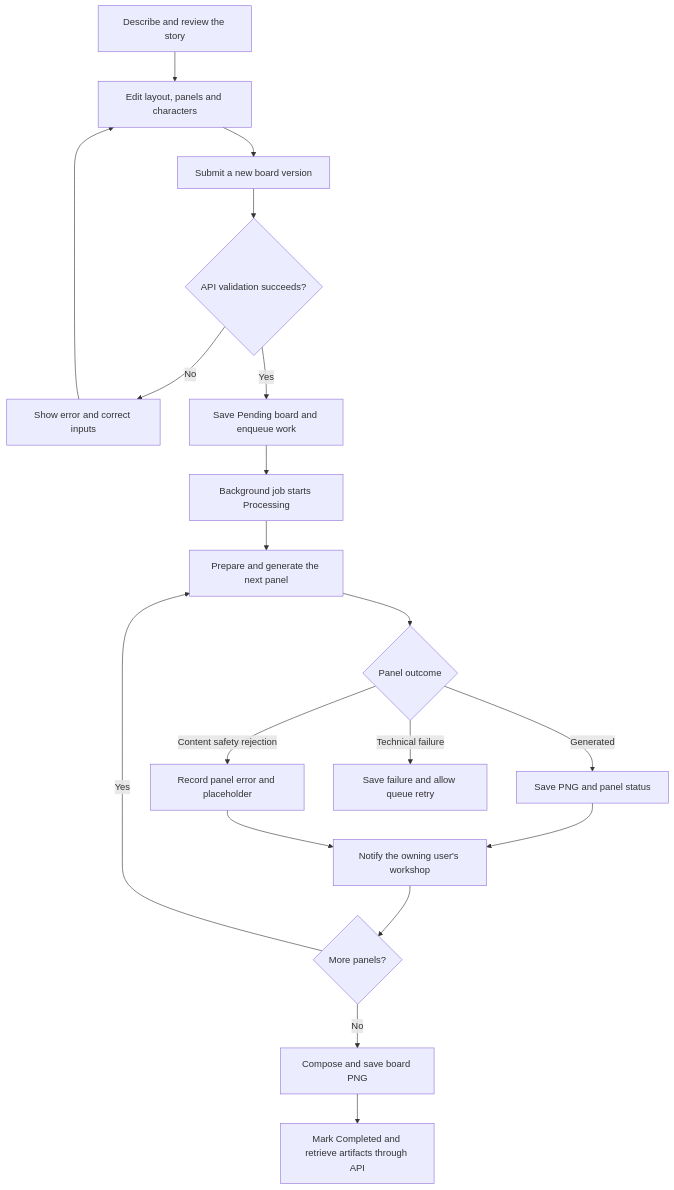
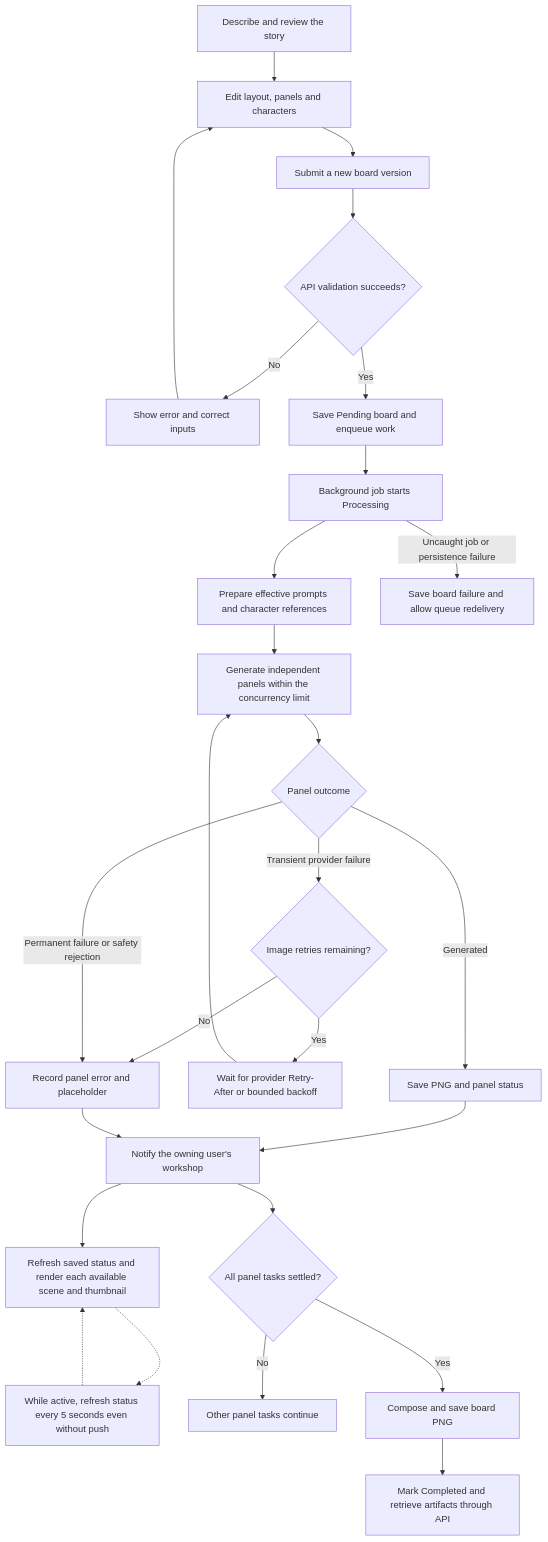
The first of 3 diagrams in docs/functional-guide.md (mathieumack/foundry-comics-mai), drawn with Mermaid before and after one commit. The commit also changed other lines of this file and 60 other files, not shown here.

First line of the commit message:
Generate comic and book images with bounded parallelism (#56)

````diff
--- a/docs/functional-guide.md
+++ b/docs/functional-guide.md
@@ -49,21 +56,29 @@
 ```mermaid
 flowchart TD
     Idea[Describe and review the story] --> Edit[Edit layout, panels and characters]
     Edit --> Submit[Submit a new board version]
     Submit --> Validate{API validation succeeds?}
     Validate -->|No| Correct[Show error and correct inputs]
     Correct --> Edit
     Validate -->|Yes| Queue[Save Pending board and enqueue work]
     Queue --> Worker[Background job starts Processing]
-    Worker --> Panel[Prepare and generate the next panel]
+    Worker --> Prepare[Prepare effective prompts and character references]
+    Prepare --> Panel[Generate independent panels within the concurrency limit]
     Panel --> Result{Panel outcome}
     Result -->|Generated| Save[Save PNG and panel status]
-    Result -->|Content safety rejection| Placeholder[Record panel error and placeholder]
+    Result -->|Transient provider failure| Retry{Image retries remaining?}
+    Retry -->|Yes| Wait[Wait for provider Retry-After or bounded backoff]
+    Wait --> Panel
+    Retry -->|No| Placeholder[Record panel error and placeholder]
+    Result -->|Permanent failure or safety rejection| Placeholder
     Save --> Notify[Notify the owning user's workshop]
     Placeholder --> Notify
-    Notify --> More{More panels?}
-    More -->|Yes| Panel
-    More -->|No| Compose[Compose and save board PNG]
+    Notify --> Scenes[Refresh saved status and render each available scene and thumbnail]
+    Scenes -.-> Poll[While active, refresh status every 5 seconds even without push]
+    Notify --> Settled{All panel tasks settled?}
+    Settled -->|No| Other[Other panel tasks continue]
+    Settled -->|Yes| Compose[Compose and save board PNG]
     Compose --> Completed[Mark Completed and retrieve artifacts through API]
-    Result -->|Technical failure| Failed[Save failure and allow queue retry]
+    Poll -.-> Scenes
+    Worker -->|Uncaught job or persistence failure| Failed[Save board failure and allow queue redelivery]
 ```
````
